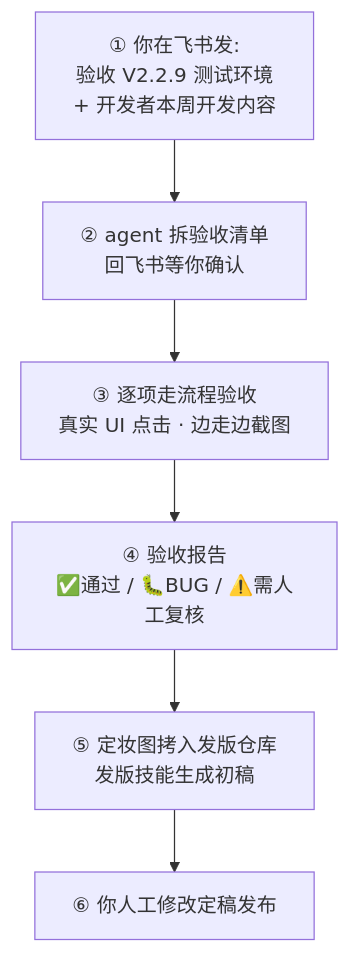
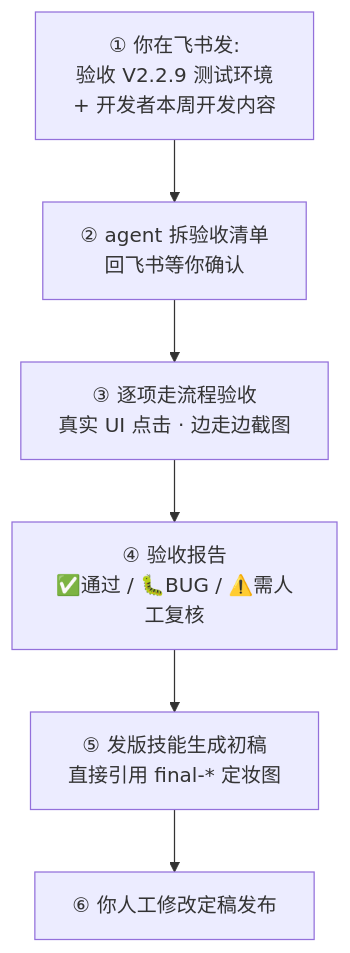
One commit to ddddd-xy126/HERMES-AGENT changed the diagram in AgentGroups/docs/发版验收流程.md. Above: the diagram before and after it, drawn with Mermaid. The commit also changed other lines of this file and 81 other files, not shown here.

````diff
--- a/AgentGroups/docs/发版验收流程.md
+++ b/AgentGroups/docs/发版验收流程.md
@@ -8,8 +8,8 @@
 ```mermaid
 graph TD
     A[① 你在飞书发:<br>验收 V2.2.9 测试环境<br>+ 开发者本周开发内容] --> B[② agent 拆验收清单<br>回飞书等你确认]
     B --> C[③ 逐项走流程验收<br>真实 UI 点击 · 边走边截图]
     C --> D[④ 验收报告<br>✅通过 / 🐛BUG / ⚠️需人工复核]
-    D --> E[⑤ 定妆图拷入发版仓库<br>发版技能生成初稿]
+    D --> E[⑤ 发版技能生成初稿<br>直接引用 final-* 定妆图]
     E --> F[⑥ 你人工修改定稿发布]
 ```
````
